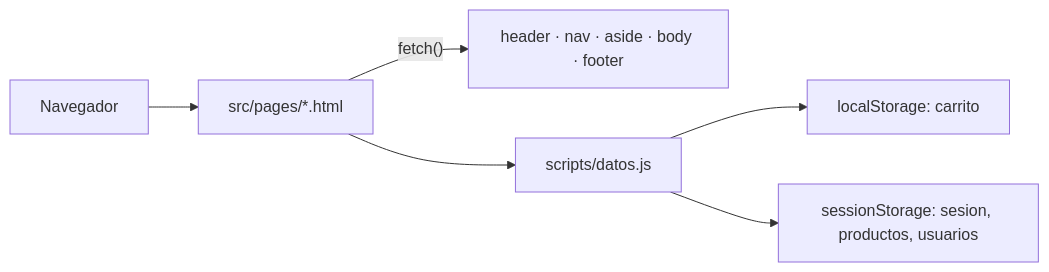
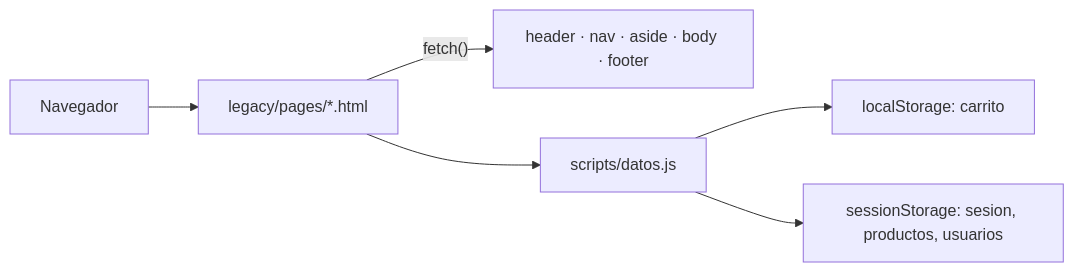
The first of 2 diagrams in README.md (daemunozr/web_store), drawn with Mermaid before and after one commit. The commit also changed other lines of this file and 95 other files, not shown here.

````diff
--- a/README.md
+++ b/README.md
@@ -51,8 +65,8 @@
 ```mermaid
 flowchart LR
-  U["Navegador"] --> V["src/pages/*.html"]
+  U["Navegador"] --> V["legacy/pages/*.html"]
   V -- "fetch()" --> S["header · nav · aside · body · footer"]
   V --> A["scripts/datos.js"]
   A --> L["localStorage: carrito"]
   A --> SS["sessionStorage: sesion, productos, usuarios"]
 ```
````
